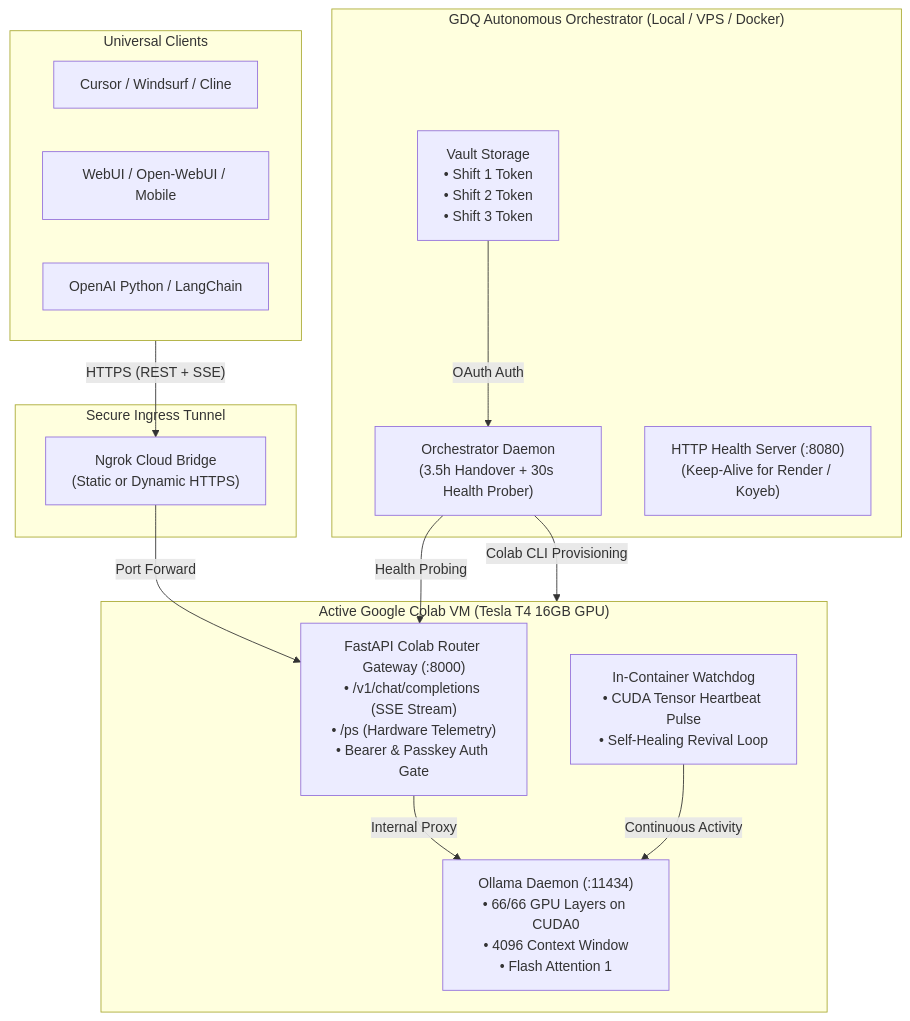
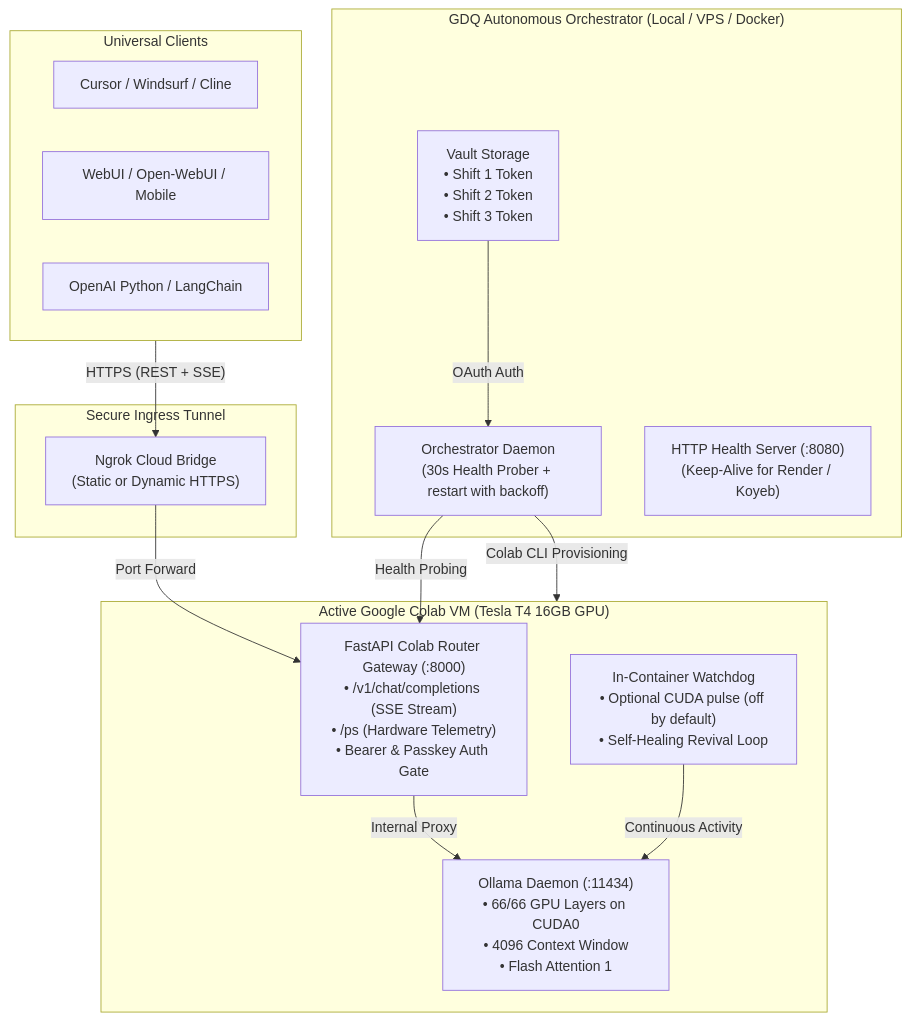
One commit to agenticversestudio/colab-router changed the diagram in README.md. Above: the diagram before and after it, drawn with Mermaid. The commit also changed other lines of this file and 18 other files, not shown here.

First line of the commit message:
Make Colab Router honest and safe: fix crashes, truthful health, no default keys; add AGENTS.md and doctor.py

````diff
--- a/README.md
+++ b/README.md
@@ -35,32 +45,32 @@
 ```mermaid
 flowchart TD
     subgraph Clients["Universal Clients"]
         IDE["Cursor / Windsurf / Cline"]
         Web["WebUI / Open-WebUI / Mobile"]
         PySDK["OpenAI Python / LangChain"]
     end
 
     subgraph Ingress["Secure Ingress Tunnel"]
         Ngrok["Ngrok Cloud Bridge\n(Static or Dynamic HTTPS)"]
     end
 
     subgraph ColabVM["Active Google Colab VM (Tesla T4 16GB GPU)"]
         Gateway["FastAPI Colab Router Gateway (:8000)\n• /v1/chat/completions (SSE Stream)\n• /ps (Hardware Telemetry)\n• Bearer & Passkey Auth Gate"]
         Ollama["Ollama Daemon (:11434)\n• 66/66 GPU Layers on CUDA0\n• 4096 Context Window\n• Flash Attention 1"]
-        Watchdog["In-Container Watchdog\n• CUDA Tensor Heartbeat Pulse\n• Self-Healing Revival Loop"]
+        Watchdog["In-Container Watchdog\n• Optional CUDA pulse (off by default)\n• Self-Healing Revival Loop"]
     end
 
     subgraph Controller["GDQ Autonomous Orchestrator (Local / VPS / Docker)"]
-        Orchestrator["Orchestrator Daemon\n(3.5h Handover + 30s Health Prober)"]
+        Orchestrator["Orchestrator Daemon\n(30s Health Prober + restart with backoff)"]
         Vault["Vault Storage\n• Shift 1 Token\n• Shift 2 Token\n• Shift 3 Token"]
         HealthServer["HTTP Health Server (:8080)\n(Keep-Alive for Render / Koyeb)"]
     end
 
     Clients -->|"HTTPS (REST + SSE)"| Ngrok
     Ngrok -->|"Port Forward"| Gateway
     Gateway -->|"Internal Proxy"| Ollama
     Orchestrator -->|"Health Probing"| Gateway
     Orchestrator -->|"Colab CLI Provisioning"| ColabVM
     Vault -->|"OAuth Auth"| Orchestrator
     Watchdog -->|"Continuous Activity"| Ollama
 ```
````
